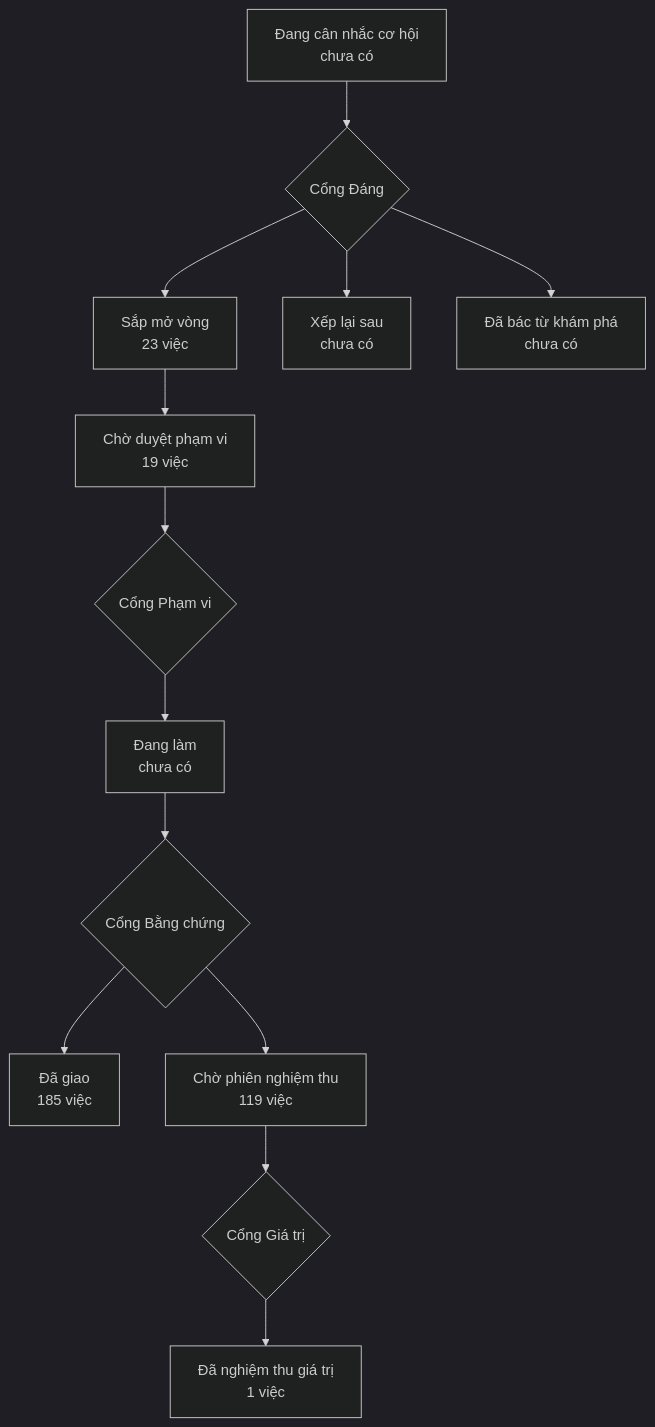
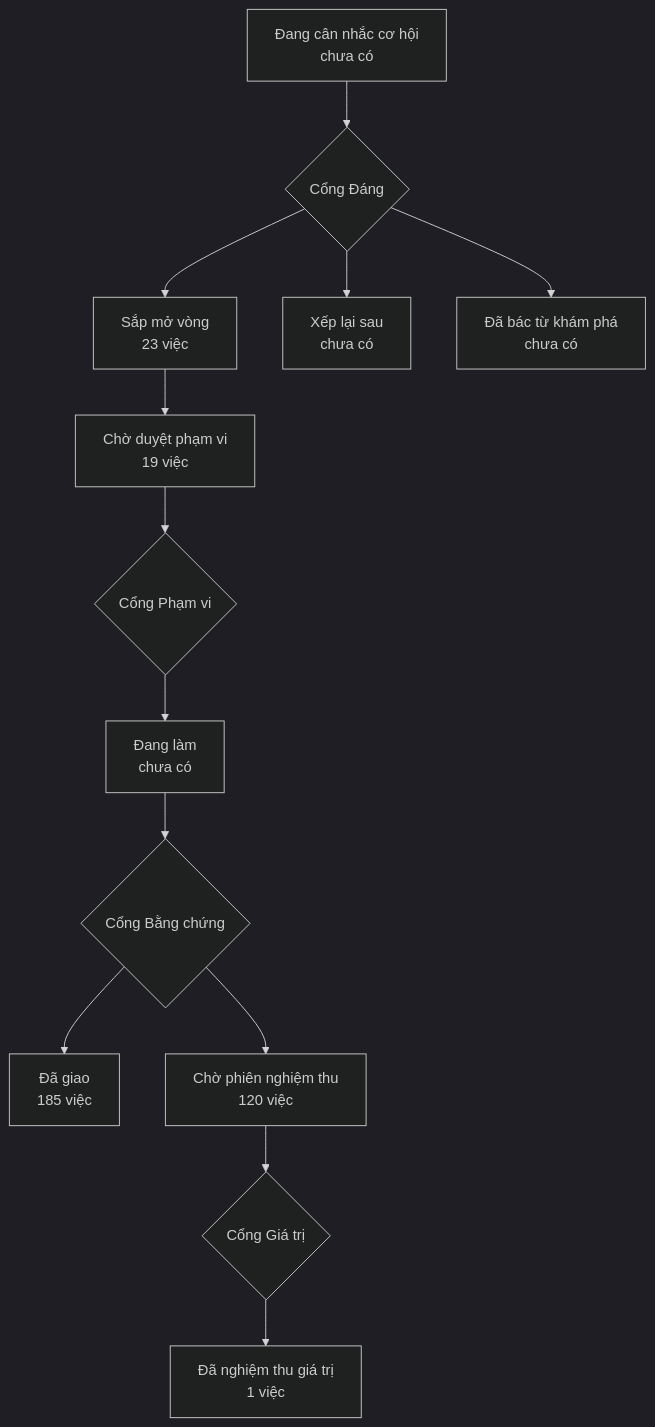
The diagram in PRODUCT-MAP.md (phanlemanh/onehub-invest), drawn with Mermaid (dark theme) before and after one commit. The commit also changed other lines of this file and 47 other files, not shown here.

````diff
--- a/PRODUCT-MAP.md
+++ b/PRODUCT-MAP.md
@@ -7,12 +7,12 @@
 ```mermaid
 flowchart TD
   A["Đang cân nhắc cơ hội<br/>chưa có"] --> GD{"Cổng Đáng"}
   GD --> B["Sắp mở vòng<br/>23 việc"]
   GD --> XL["Xếp lại sau<br/>chưa có"]
   GD --> DB["Đã bác từ khám phá<br/>chưa có"]
   B --> CD["Chờ duyệt phạm vi<br/>19 việc"] --> GP{"Cổng Phạm vi"}
   GP --> DL["Đang làm<br/>chưa có"] --> GB{"Cổng Bằng chứng"}
   GB --> DG["Đã giao<br/>185 việc"]
-  GB --> CN["Chờ phiên nghiệm thu<br/>119 việc"] --> GG{"Cổng Giá trị"}
+  GB --> CN["Chờ phiên nghiệm thu<br/>120 việc"] --> GG{"Cổng Giá trị"}
   GG --> NT["Đã nghiệm thu giá trị<br/>1 việc"]
 ```
````
